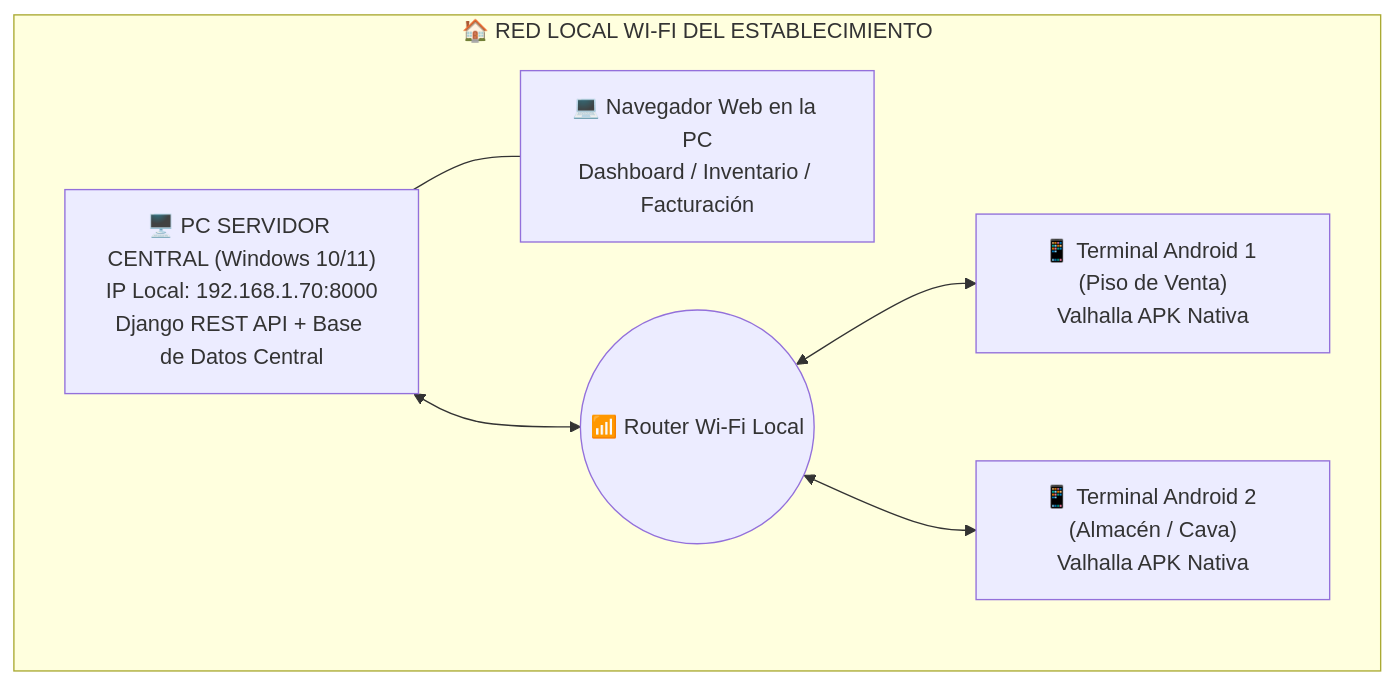
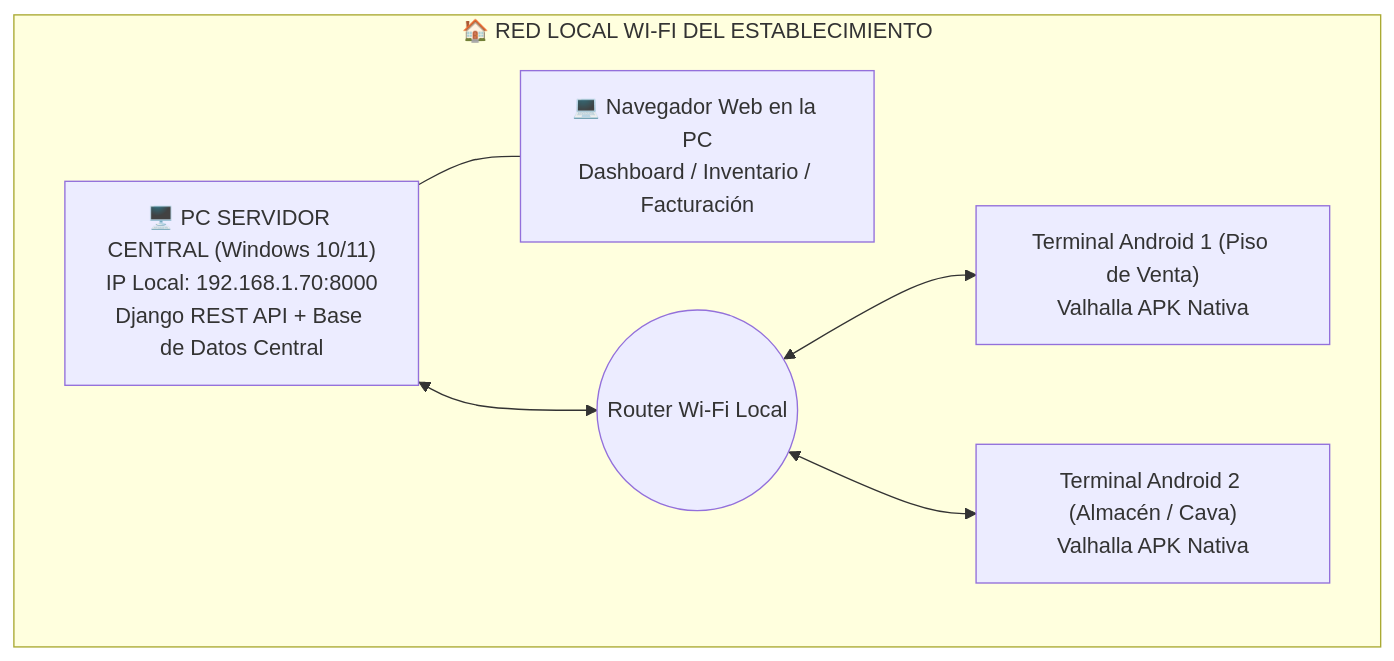
Before and after one commit to Licenciao/Valhalla-POS: the first of 2 diagrams in README.md, drawn with Mermaid. The commit also changed other lines of this file, not shown here.

````diff
--- a/README.md
+++ b/README.md
@@ -50,18 +50,18 @@
 ```mermaid
 flowchart TD
     subgraph LAN["🏠 RED LOCAL WI-FI DEL ESTABLECIMIENTO"]
         PC["🖥️ PC SERVIDOR CENTRAL (Windows 10/11)<br/>IP Local: 192.168.1.70:8000<br/>Django REST API + Base de Datos Central"]
         
         NAV["💻 Navegador Web en la PC<br/>Dashboard / Inventario / Facturación"]
         PC --- NAV
 
-        WIFI(("📶 Router Wi-Fi Local"))
+        WIFI((" Router Wi-Fi Local"))
         PC <--> WIFI
 
-        MOB1["📱 Terminal Android 1 (Piso de Venta)<br/>Valhalla APK Nativa"]
-        MOB2["📱 Terminal Android 2 (Almacén / Cava)<br/>Valhalla APK Nativa"]
+        MOB1[" Terminal Android 1 (Piso de Venta)<br/>Valhalla APK Nativa"]
+        MOB2[" Terminal Android 2 (Almacén / Cava)<br/>Valhalla APK Nativa"]
         
         WIFI <--> MOB1
         WIFI <--> MOB2
     end
 ```
````
